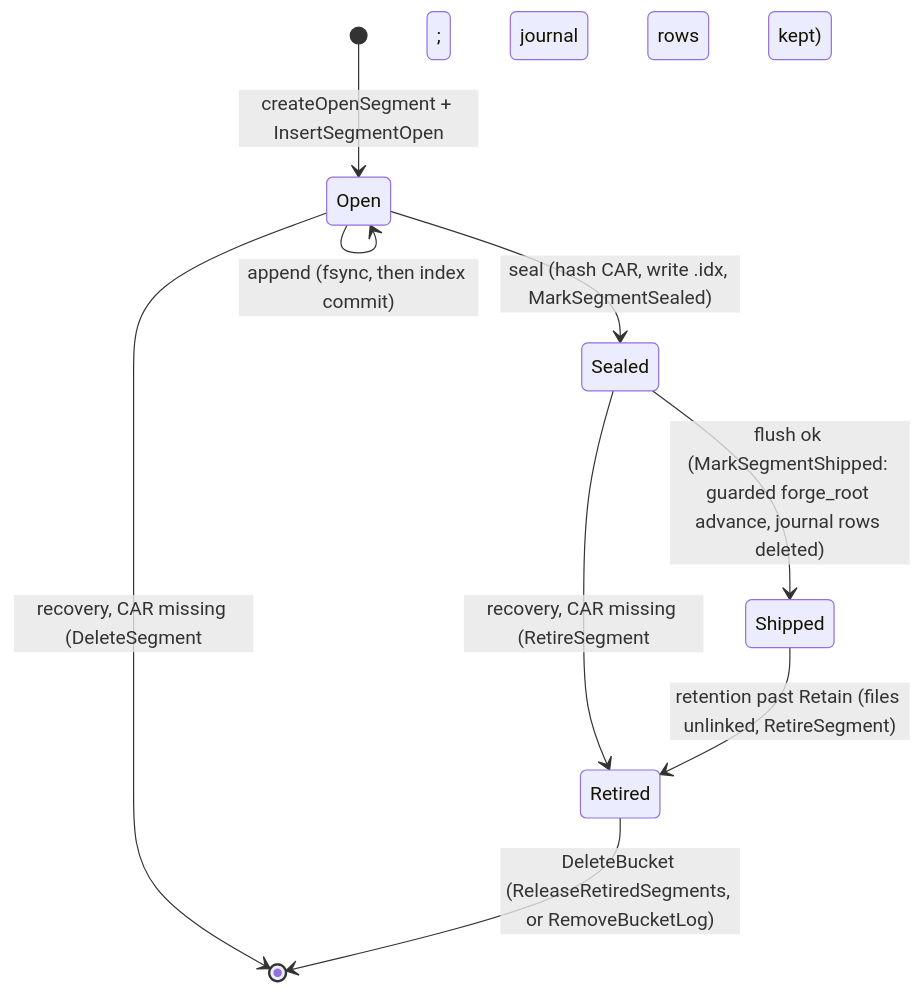
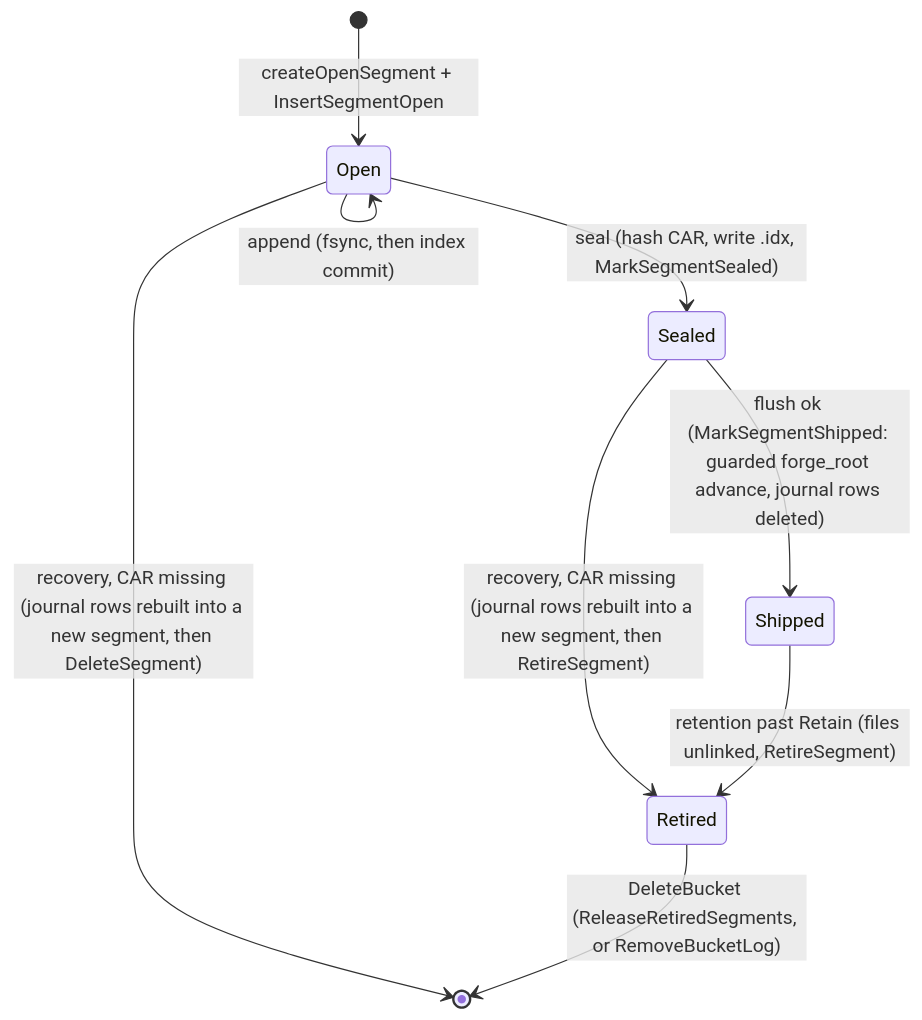
One commit to fil-forge/ingot changed the second of 2 diagrams in logstore/README.md. Above: the diagram before and after it, drawn with Mermaid. The commit also changed other lines of this file and 14 other files, not shown here.

````diff
--- a/logstore/README.md
+++ b/logstore/README.md
@@ -104,11 +104,11 @@
 ```mermaid
 stateDiagram-v2
     [*] --> Open : createOpenSegment + InsertSegmentOpen
     Open --> Open : append (fsync, then index commit)
     Open --> Sealed : seal (hash CAR, write .idx, MarkSegmentSealed)
-    Open --> [*] : recovery, CAR missing (DeleteSegment; journal rows kept)
+    Open --> [*] : recovery, CAR missing (journal rows rebuilt into a new segment, then DeleteSegment)
     Sealed --> Shipped : flush ok (MarkSegmentShipped: guarded forge_root advance, journal rows deleted)
-    Sealed --> Retired : recovery, CAR missing (RetireSegment; journal rows kept)
+    Sealed --> Retired : recovery, CAR missing (journal rows rebuilt into a new segment, then RetireSegment)
     Shipped --> Retired : retention past Retain (files unlinked, RetireSegment)
     Retired --> [*] : DeleteBucket (ReleaseRetiredSegments, or RemoveBucketLog)
 ```
````
